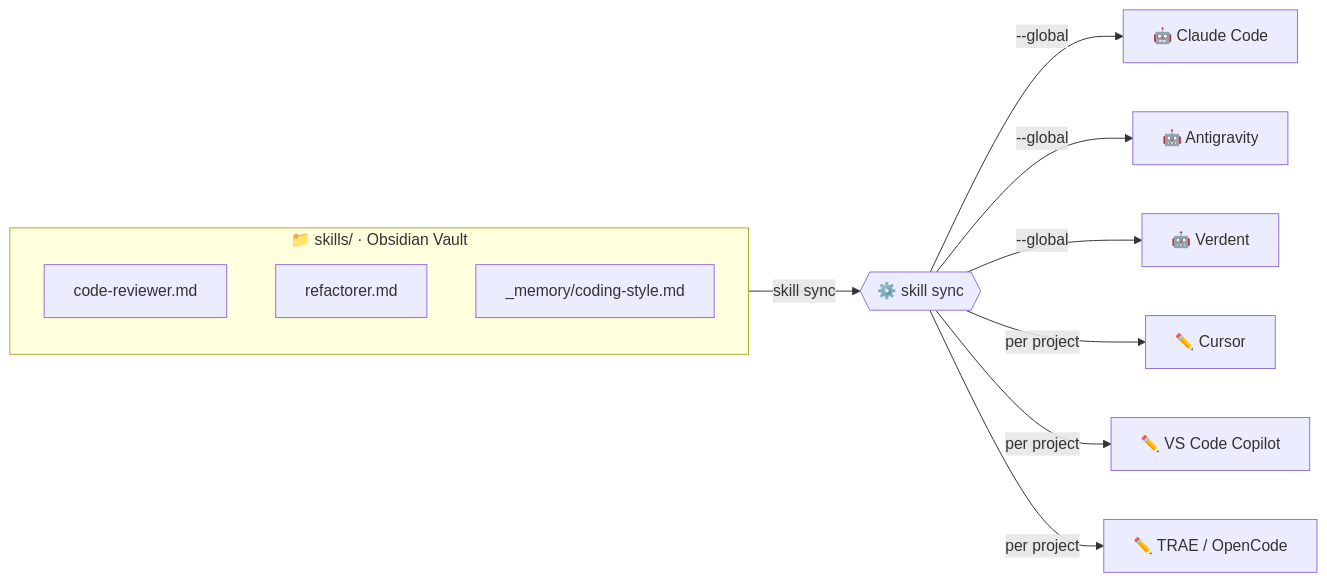
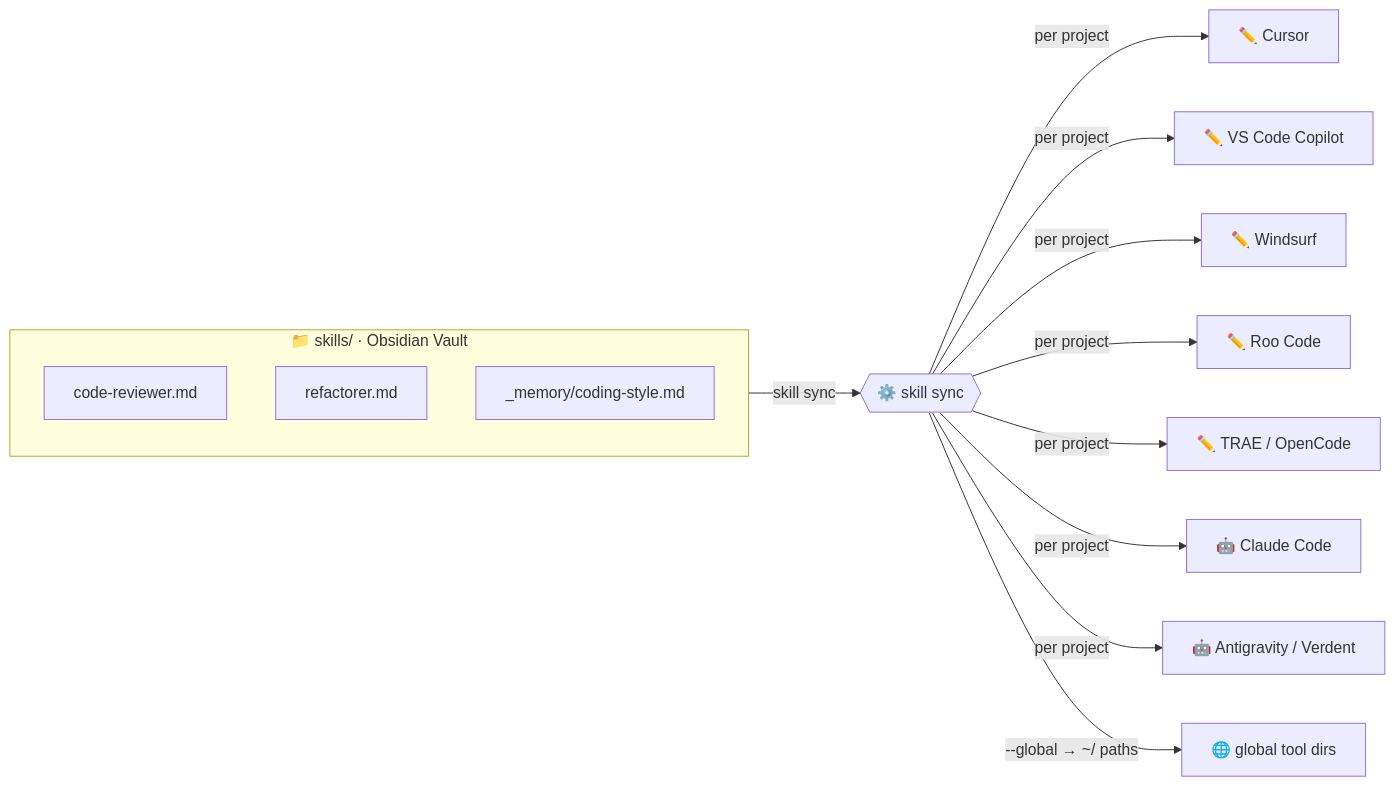
One commit to coentraojpt/universal-skills changed the diagram in README.md. Above: the diagram before and after it, drawn with Mermaid. The commit also changed other lines of this file and 5 other files, not shown here.

Commit message:
feat: add Windsurf and Roo Code support to CLI exporters and documentation

````diff
--- a/README.md
+++ b/README.md
@@ -48,18 +52,21 @@
 ```mermaid
 flowchart LR
     subgraph VAULT["📁 skills/  ·  Obsidian Vault"]
         direction TB
         S1["code-reviewer.md"]
         S2["refactorer.md"]
         S3["_memory/coding-style.md"]
     end
 
     VAULT -->|"skill sync"| SYNC{{"⚙️  skill sync"}}
 
-    SYNC -->|"--global"| G1["🤖  Claude Code"]
-    SYNC -->|"--global"| G2["🤖  Antigravity"]
-    SYNC -->|"--global"| G3["🤖  Verdent"]
     SYNC -->|"per project"| P1["✏️  Cursor"]
     SYNC -->|"per project"| P2["✏️  VS Code Copilot"]
-    SYNC -->|"per project"| P3["✏️  TRAE / OpenCode"]
+    SYNC -->|"per project"| P3["✏️  Windsurf"]
+    SYNC -->|"per project"| P4["✏️  Roo Code"]
+    SYNC -->|"per project"| P5["✏️  TRAE / OpenCode"]
+    SYNC -->|"per project"| P6["🤖  Claude Code"]
+    SYNC -->|"per project"| P7["🤖  Antigravity / Verdent"]
+
+    SYNC -->|"--global → ~/ paths"| G1["🌐  global tool dirs"]
 ```
````
